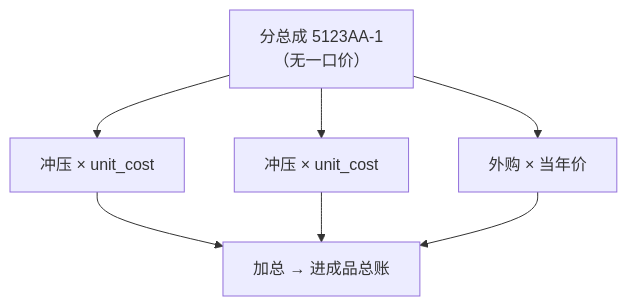
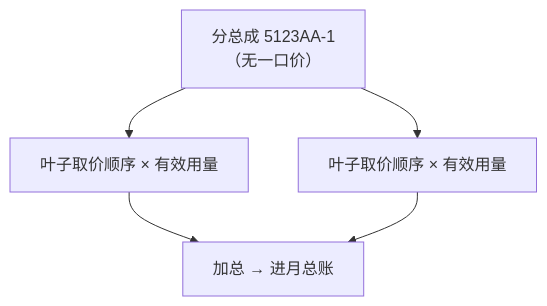
One commit to pulinzhang/structure-costing-platform changed the fourth of 7 diagrams in docs/l0-assembly-costing-design.md. Above: the diagram before and after it, drawn with Mermaid. The commit also changed other lines of this file and 34 other files, not shown here.

````diff
--- a/docs/l0-assembly-costing-design.md
+++ b/docs/l0-assembly-costing-design.md
@@ -143,8 +212,7 @@
 ```mermaid
 flowchart TB
     L1["分总成 5123AA-1\n（无一口价）"]
-    L1 --> A["冲压 × unit_cost"]
-    L1 --> B["冲压 × unit_cost"]
-    L1 --> C["外购 × 当年价"]
-    A & B & C --> SUM["加总 → 进成品总账"]
+    L1 --> A["叶子取价顺序 × 有效用量"]
+    L1 --> B["叶子取价顺序 × 有效用量"]
+    A & B --> SUM["加总 → 进月总账"]
 ```
````
